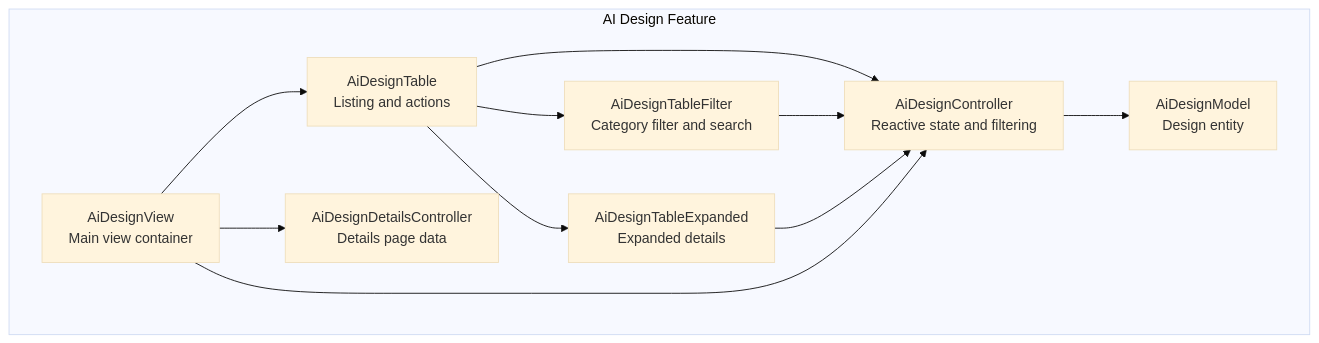
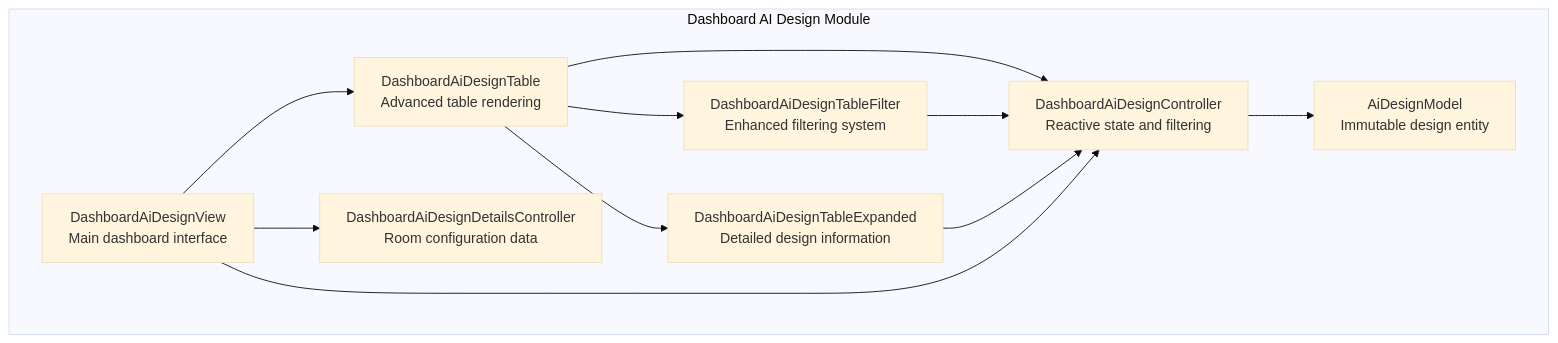
The first of 4 diagrams in .qoder/repowiki/en/content/Core Features/AI Design Services/AI Design Overview.md (Ariful3111/FurniGo), drawn with Mermaid (base theme) before and after one commit. The commit also changed other lines of this file and 67 other files, not shown here.

````diff
--- a/.qoder/repowiki/en/content/Core Features/AI Design Services/AI Design Overview.md
+++ b/.qoder/repowiki/en/content/Core Features/AI Design Services/AI Design Overview.md
@@ -40,21 +49,21 @@
 ```mermaid
 graph TB
-subgraph "AI Design Feature"
-Controller["AiDesignController<br/>Reactive state and filtering"]
-Model["AiDesignModel<br/>Design entity"]
-View["AiDesignView<br/>Main view container"]
-Table["AiDesignTable<br/>Listing and actions"]
-Filter["AiDesignTableFilter<br/>Category filter and search"]
-Expanded["AiDesignTableExpanded<br/>Expanded details"]
-DetailsController["AiDesignDetailsController<br/>Details page data"]
+subgraph "Dashboard AI Design Module"
+Controller["DashboardAiDesignController<br/>Reactive state and filtering"]
+Model["AiDesignModel<br/>Immutable design entity"]
+View["DashboardAiDesignView<br/>Main dashboard interface"]
+Table["DashboardAiDesignTable<br/>Advanced table rendering"]
+Filter["DashboardAiDesignTableFilter<br/>Enhanced filtering system"]
+Expanded["DashboardAiDesignTableExpanded<br/>Detailed design information"]
+DetailsController["DashboardAiDesignDetailsController<br/>Room configuration data"]
 end
 Controller --> Model
 View --> Table
 Table --> Filter
 Table --> Expanded
 Table --> Controller
 Filter --> Controller
 Expanded --> Controller
 View --> Controller
 View --> DetailsController
 ```
````
